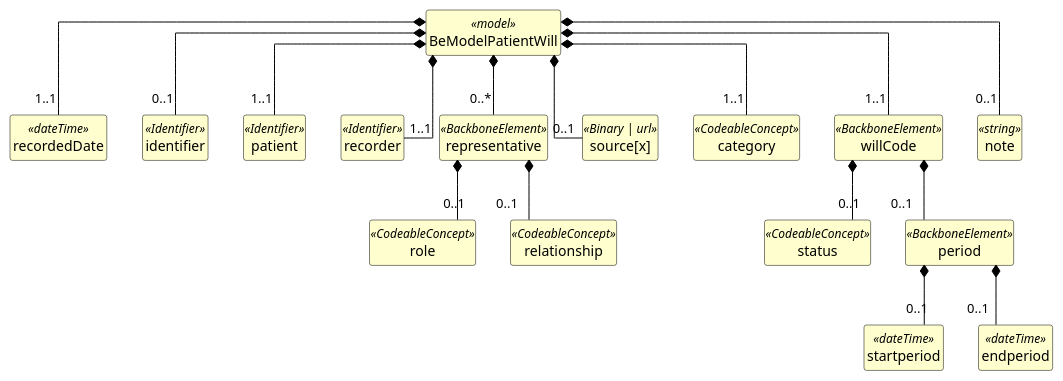
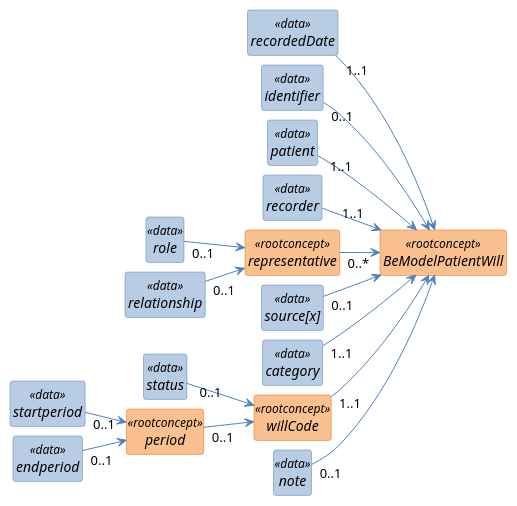
The diagram in exports/diagrams/BeModelPatientWill-uml.puml (caresets/caresets-src), drawn with PlantUML before and after one commit. The commit also changed 287 other files, not shown here.

```diff
--- a/exports/diagrams/BeModelPatientWill-uml.puml
+++ b/exports/diagrams/BeModelPatientWill-uml.puml
@@ -1,78 +1,85 @@
 @startuml
+left to right direction
 skinparam shadowing false
+skinparam nodesep 10
+skinparam ranksep 40
 skinparam classAttributeIconSize 0
-skinparam linetype ortho
 skinparam class {
-  BackgroundColor #FEFECE
-  BorderColor #000000
-  ArrowColor #000000
-  FontStyle bold
-  AttributeFontStyle normal
+  FontStyle italic
+  BackgroundColor<<rootconcept>> #FAC08F
+  BorderColor<<rootconcept>> #E36C0A
+  BackgroundColor<<data>> #B8CCE4
+  BorderColor<<data>> #4F81BD
+  BackgroundColor<<reference>> #D9D9D9
+  BorderColor<<reference>> #808080
+  BackgroundColor<<value set>> #C3D69B
+  BorderColor<<value set>> #77933C
+  ArrowColor #4F81BD
 }
 hide circle
 hide empty members
 
-class "BeModelPatientWill" as BeModelPatientWill <<model>> {
+class "BeModelPatientWill" as BeModelPatientWill <<rootconcept>> {
 }
 
-class "recordedDate" as BeModelPatientWill_recordedDate <<dateTime>> {
+class "recordedDate" as BeModelPatientWill_recordedDate <<data>> {
 }
 
-class "identifier" as BeModelPatientWill_identifier <<Identifier>> {
+class "identifier" as BeModelPatientWill_identifier <<data>> {
 }
 
-class "patient" as BeModelPatientWill_patient <<Identifier>> {
+class "patient" as BeModelPatientWill_patient <<data>> {
 }
 
-class "recorder" as BeModelPatientWill_recorder <<Identifier>> {
+class "recorder" as BeModelPatientWill_recorder <<data>> {
 }
 
-class "representative" as BeModelPatientWill_representative <<BackboneElement>> {
+class "representative" as BeModelPatientWill_representative <<rootconcept>> {
 }
 
-class "role" as BeModelPatientWill_representative_role <<CodeableConcept>> {
+class "role" as BeModelPatientWill_representative_role <<data>> {
 }
 
-class "relationship" as BeModelPatientWill_representative_relationship <<CodeableConcept>> {
+class "relationship" as BeModelPatientWill_representative_relationship <<data>> {
 }
 
-class "source[x]" as BeModelPatientWill_source_x_ <<Binary | url>> {
+class "source[x]" as BeModelPatientWill_source_x_ <<data>> {
 }
 
-class "category" as BeModelPatientWill_category <<CodeableConcept>> {
+class "category" as BeModelPatientWill_category <<data>> {
 }
 
-class "willCode" as BeModelPatientWill_willCode <<BackboneElement>> {
+class "willCode" as BeModelPatientWill_willCode <<rootconcept>> {
 }
 
-class "status" as BeModelPatientWill_willCode_status <<CodeableConcept>> {
+class "status" as BeModelPatientWill_willCode_status <<data>> {
 }
 
-class "period" as BeModelPatientWill_willCode_period <<BackboneElement>> {
+class "period" as BeModelPatientWill_willCode_period <<rootconcept>> {
 }
 
-class "startperiod" as BeModelPatientWill_willCode_period_startperiod <<dateTime>> {
+class "startperiod" as BeModelPatientWill_willCode_period_startperiod <<data>> {
 }
 
-class "endperiod" as BeModelPatientWill_willCode_period_endperiod <<dateTime>> {
+class "endperiod" as BeModelPatientWill_willCode_period_endperiod <<data>> {
 }
 
-class "note" as BeModelPatientWill_note <<string>> {
+class "note" as BeModelPatientWill_note <<data>> {
 }
 
-BeModelPatientWill *-- "1..1" BeModelPatientWill_recordedDate
-BeModelPatientWill *-- "0..1" BeModelPatientWill_identifier
-BeModelPatientWill *-- "1..1" BeModelPatientWill_patient
-BeModelPatientWill *-- "1..1" BeModelPatientWill_recorder
-BeModelPatientWill *-- "0..*" BeModelPatientWill_representative
-BeModelPatientWill_representative *-- "0..1" BeModelPatientWill_representative_role
-BeModelPatientWill_representative *-- "0..1" BeModelPatientWill_representative_relationship
-BeModelPatientWill *-- "0..1" BeModelPatientWill_source_x_
-BeModelPatientWill *-- "1..1" BeModelPatientWill_category
-BeModelPatientWill *-- "1..1" BeModelPatientWill_willCode
-BeModelPatientWill_willCode *-- "0..1" BeModelPatientWill_willCode_status
-BeModelPatientWill_willCode *-- "0..1" BeModelPatientWill_willCode_period
-BeModelPatientWill_willCode_period *-- "0..1" BeModelPatientWill_willCode_period_startperiod
-BeModelPatientWill_willCode_period *-- "0..1" BeModelPatientWill_willCode_period_endperiod
-BeModelPatientWill *-- "0..1" BeModelPatientWill_note
+BeModelPatientWill_recordedDate "1..1" --> BeModelPatientWill
+BeModelPatientWill_identifier "0..1" --> BeModelPatientWill
+BeModelPatientWill_patient "1..1" --> BeModelPatientWill
+BeModelPatientWill_recorder "1..1" --> BeModelPatientWill
+BeModelPatientWill_representative "0..*" --> BeModelPatientWill
+BeModelPatientWill_representative_role "0..1" --> BeModelPatientWill_representative
+BeModelPatientWill_representative_relationship "0..1" --> BeModelPatientWill_representative
+BeModelPatientWill_source_x_ "0..1" --> BeModelPatientWill
+BeModelPatientWill_category "1..1" --> BeModelPatientWill
+BeModelPatientWill_willCode "1..1" --> BeModelPatientWill
+BeModelPatientWill_willCode_status "0..1" --> BeModelPatientWill_willCode
+BeModelPatientWill_willCode_period "0..1" --> BeModelPatientWill_willCode
+BeModelPatientWill_willCode_period_startperiod "0..1" --> BeModelPatientWill_willCode_period
+BeModelPatientWill_willCode_period_endperiod "0..1" --> BeModelPatientWill_willCode_period
+BeModelPatientWill_note "0..1" --> BeModelPatientWill
 @enduml
```
